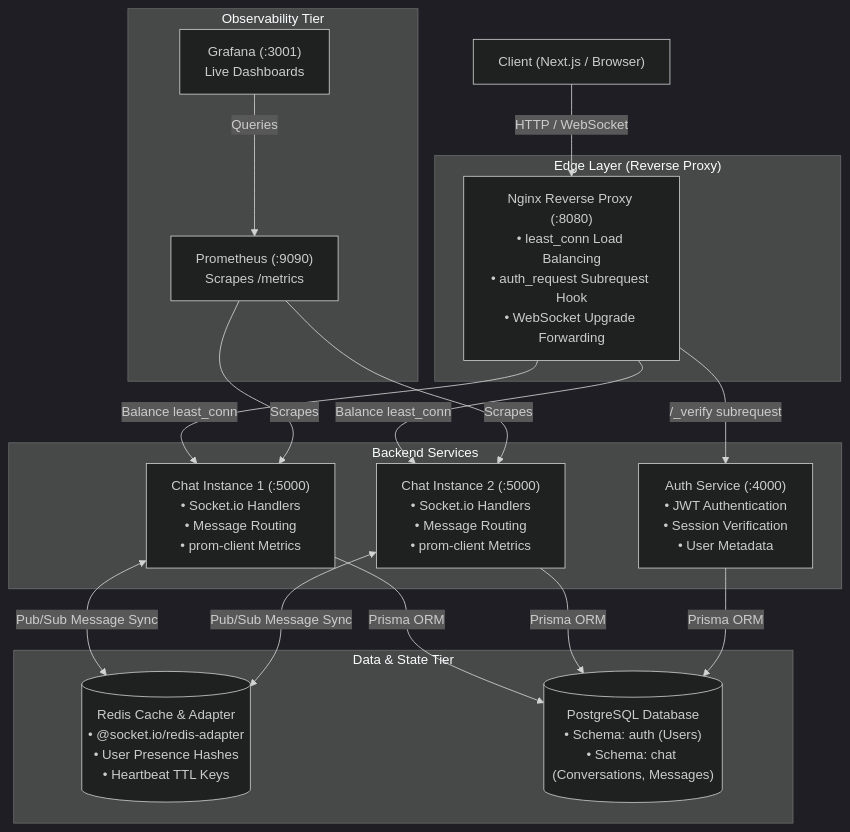
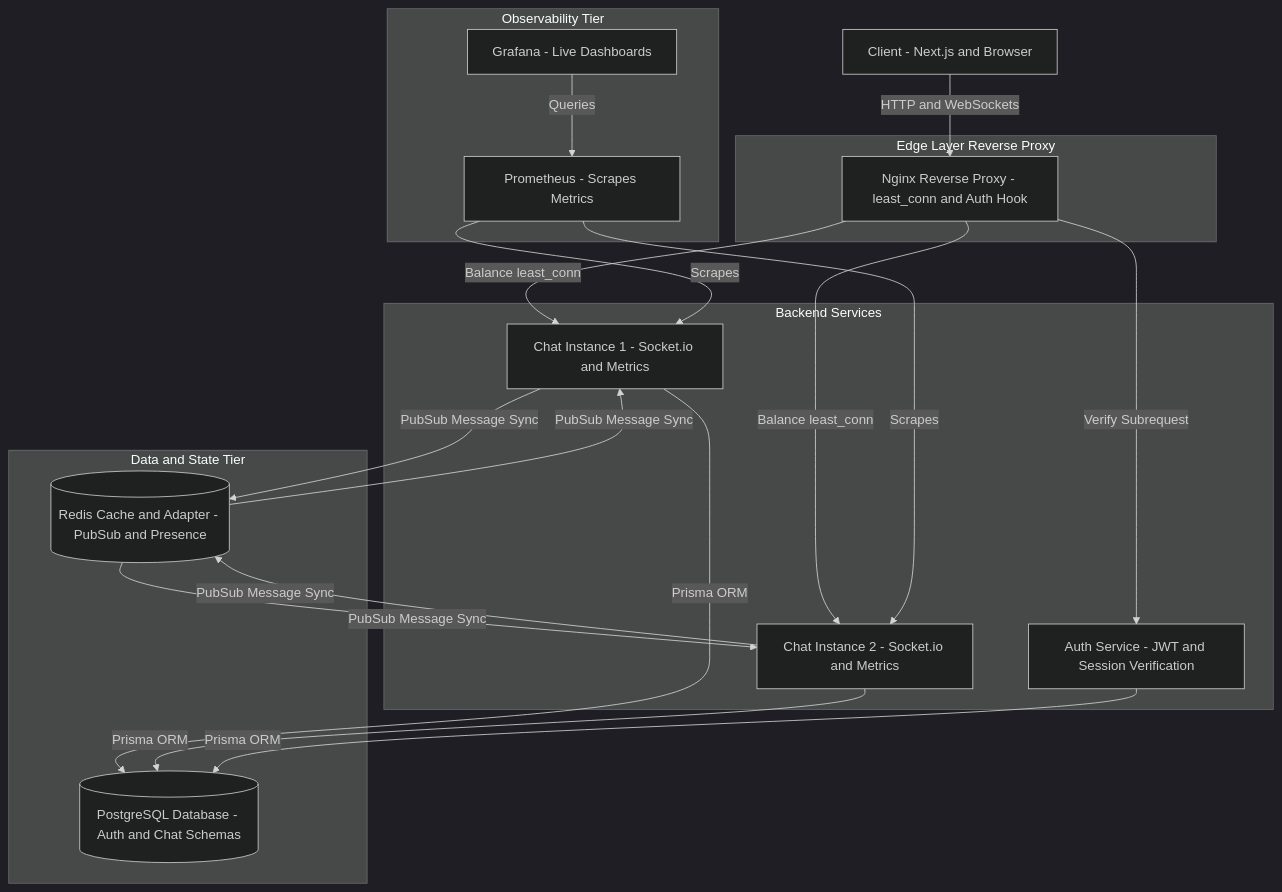
The diagram in README.md (Shubhamkr585/TalkBuddy), drawn with Mermaid (dark theme) before and after one commit.

Commit message:
docs: fix mermaid diagram rendering syntax in README

````diff
--- a/README.md
+++ b/README.md
@@ -29,40 +29,42 @@
 ```mermaid
 flowchart TD
-    Client["Client (Next.js / Browser)"]
+    Client["Client - Next.js and Browser"]
     
-    subgraph Edge["Edge Layer (Reverse Proxy)"]
-        Nginx["Nginx Reverse Proxy (:8080)<br/>• least_conn Load Balancing<br/>• auth_request Subrequest Hook<br/>• WebSocket Upgrade Forwarding"]
+    subgraph Edge["Edge Layer Reverse Proxy"]
+        Nginx["Nginx Reverse Proxy - least_conn and Auth Hook"]
     end
     
     subgraph Microservices["Backend Services"]
-        AuthSvc["Auth Service (:4000)<br/>• JWT Authentication<br/>• Session Verification<br/>• User Metadata"]
-        Chat1["Chat Instance 1 (:5000)<br/>• Socket.io Handlers<br/>• Message Routing<br/>• prom-client Metrics"]
-        Chat2["Chat Instance 2 (:5000)<br/>• Socket.io Handlers<br/>• Message Routing<br/>• prom-client Metrics"]
+        AuthSvc["Auth Service - JWT and Session Verification"]
+        Chat1["Chat Instance 1 - Socket.io and Metrics"]
+        Chat2["Chat Instance 2 - Socket.io and Metrics"]
     end
     
-    subgraph StateAndStorage["Data & State Tier"]
-        RedisPubSub[("Redis Cache & Adapter<br/>• @socket.io/redis-adapter<br/>• User Presence Hashes<br/>• Heartbeat TTL Keys")]
-        Postgres[("PostgreSQL Database<br/>• Schema: auth (Users)<br/>• Schema: chat (Conversations, Messages)")]
+    subgraph StateAndStorage["Data and State Tier"]
+        RedisPubSub[("Redis Cache and Adapter - PubSub and Presence")]
+        Postgres[("PostgreSQL Database - Auth and Chat Schemas")]
     end
     
     subgraph Observability["Observability Tier"]
-        Prometheus["Prometheus (:9090)<br/>Scrapes /metrics"]
-        Grafana["Grafana (:3001)<br/>Live Dashboards"]
+        Prometheus["Prometheus - Scrapes Metrics"]
+        Grafana["Grafana - Live Dashboards"]
     end
 
-    Client -->|HTTP / WebSocket| Nginx
-    Nginx -->|/_verify subrequest| AuthSvc
+    Client -->|HTTP and WebSockets| Nginx
+    Nginx -->|Verify Subrequest| AuthSvc
     Nginx -->|Balance least_conn| Chat1
     Nginx -->|Balance least_conn| Chat2
     
-    Chat1 <-->|Pub/Sub Message Sync| RedisPubSub
-    Chat2 <-->|Pub/Sub Message Sync| RedisPubSub
+    Chat1 -->|PubSub Message Sync| RedisPubSub
+    RedisPubSub -->|PubSub Message Sync| Chat1
+    Chat2 -->|PubSub Message Sync| RedisPubSub
+    RedisPubSub -->|PubSub Message Sync| Chat2
     
     Chat1 -->|Prisma ORM| Postgres
     Chat2 -->|Prisma ORM| Postgres
     AuthSvc -->|Prisma ORM| Postgres
     
     Prometheus -->|Scrapes| Chat1
     Prometheus -->|Scrapes| Chat2
     Grafana -->|Queries| Prometheus
 ```
````
